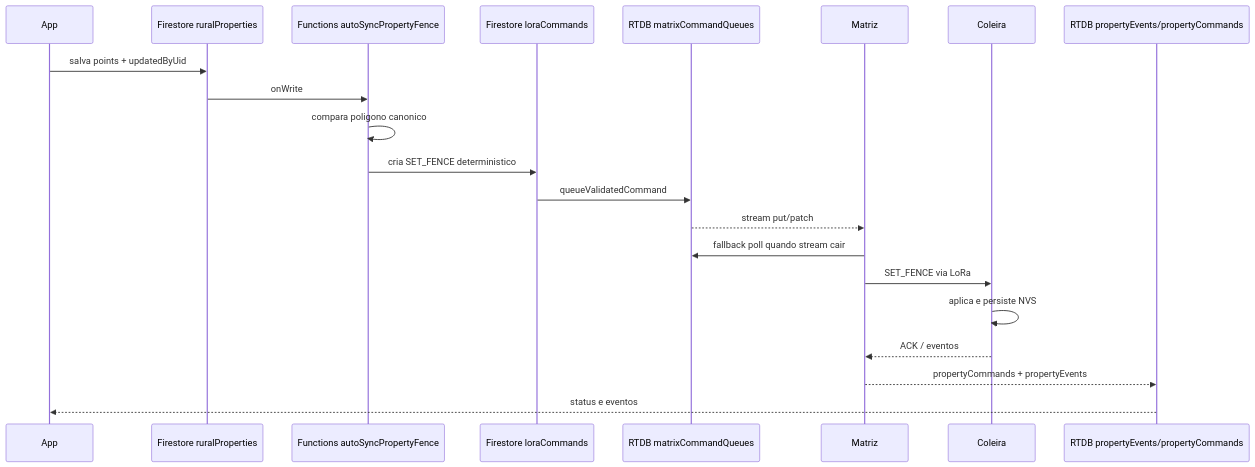
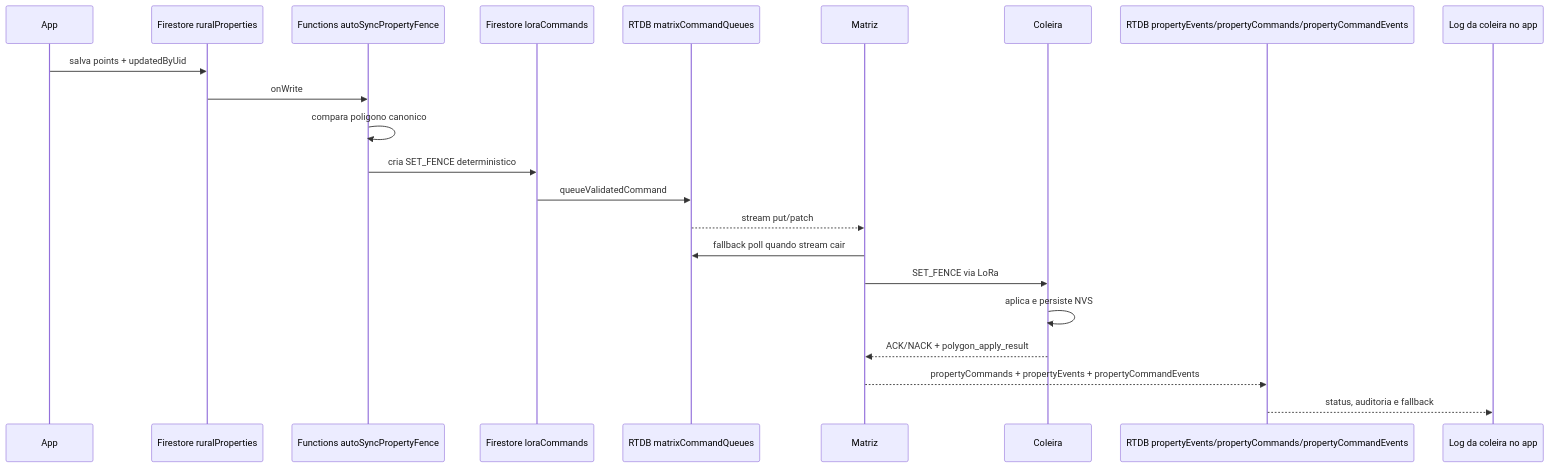
One commit to victoremannuel/ruraltech changed the first of 4 diagrams in SYNC_FLOW_OVERVIEW.md. Above: the diagram before and after it, drawn with Mermaid. The commit also changed other lines of this file and 17 other files, not shown here.

````diff
--- a/SYNC_FLOW_OVERVIEW.md
+++ b/SYNC_FLOW_OVERVIEW.md
@@ -26,24 +29,25 @@
 ```mermaid
 sequenceDiagram
   participant App
   participant FS as Firestore ruralProperties
   participant Fn as Functions autoSyncPropertyFence
   participant Lora as Firestore loraCommands
   participant RTDB as RTDB matrixCommandQueues
   participant Matriz
   participant Coleira
-  participant Event as RTDB propertyEvents/propertyCommands
+  participant Event as RTDB propertyEvents/propertyCommands/propertyCommandEvents
+  participant AppLog as Log da coleira no app
 
   App->>FS: salva points + updatedByUid
   FS->>Fn: onWrite
   Fn->>Fn: compara poligono canonico
   Fn->>Lora: cria SET_FENCE deterministico
   Lora->>RTDB: queueValidatedCommand
   RTDB-->>Matriz: stream put/patch
   Matriz->>RTDB: fallback poll quando stream cair
   Matriz->>Coleira: SET_FENCE via LoRa
   Coleira->>Coleira: aplica e persiste NVS
-  Coleira-->>Matriz: ACK / eventos
-  Matriz-->>Event: propertyCommands + propertyEvents
-  Event-->>App: status e eventos
+  Coleira-->>Matriz: ACK/NACK + polygon_apply_result
+  Matriz-->>Event: propertyCommands + propertyEvents + propertyCommandEvents
+  Event-->>AppLog: status, auditoria e fallback
 ```
````
